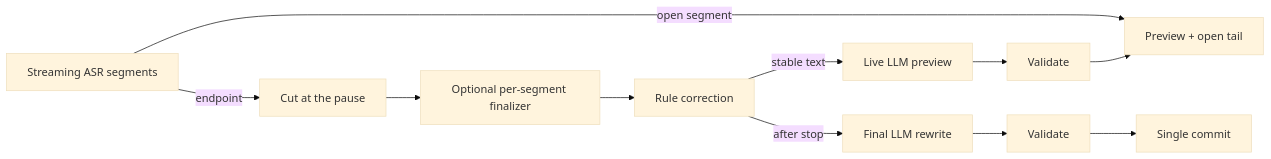
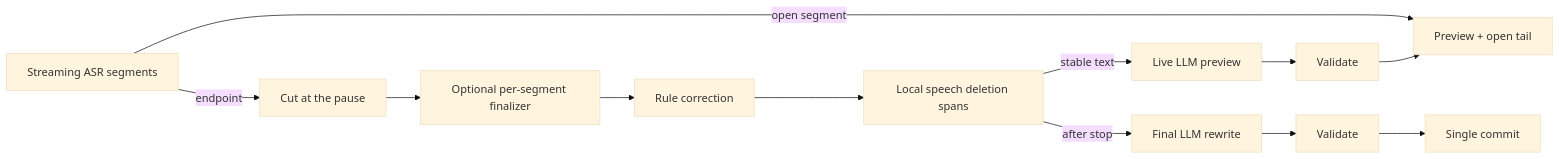
The second of 2 diagrams in docs/project/architecture.md (AstraFoundry/Arion), drawn with Mermaid (base theme) before and after one commit. The commit also changed other lines of this file and 1165 other files, not shown here.

Commit message:
feat(rewrite): clean speech spans and archive benchmark evidence

````diff
--- a/docs/project/architecture.md
+++ b/docs/project/architecture.md
@@ -31,13 +31,14 @@
 ```mermaid
 flowchart LR
     Stream[Streaming ASR segments] -->|endpoint| Cut[Cut at the pause]
     Cut --> Refine[Optional per-segment finalizer]
     Refine --> Rules[Rule correction]
-    Rules -->|stable text| Preview[Live LLM preview]
+    Rules --> Cleanup[Local speech deletion spans]
+    Cleanup -->|stable text| Preview[Live LLM preview]
     Preview --> Validate1[Validate]
     Validate1 --> Display[Preview + open tail]
     Stream -->|open segment| Display
-    Rules -->|after stop| Final[Final LLM rewrite]
+    Cleanup -->|after stop| Final[Final LLM rewrite]
     Final --> Validate2[Validate]
     Validate2 --> Commit[Single commit]
 ```
````
